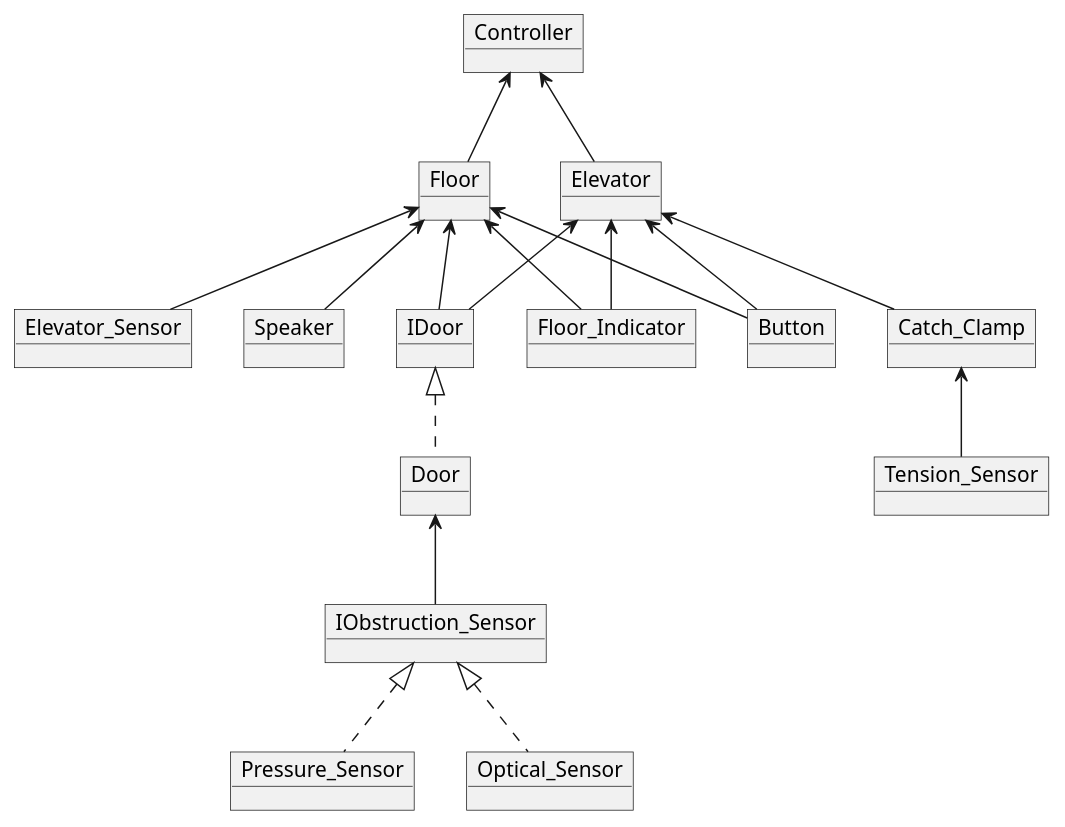
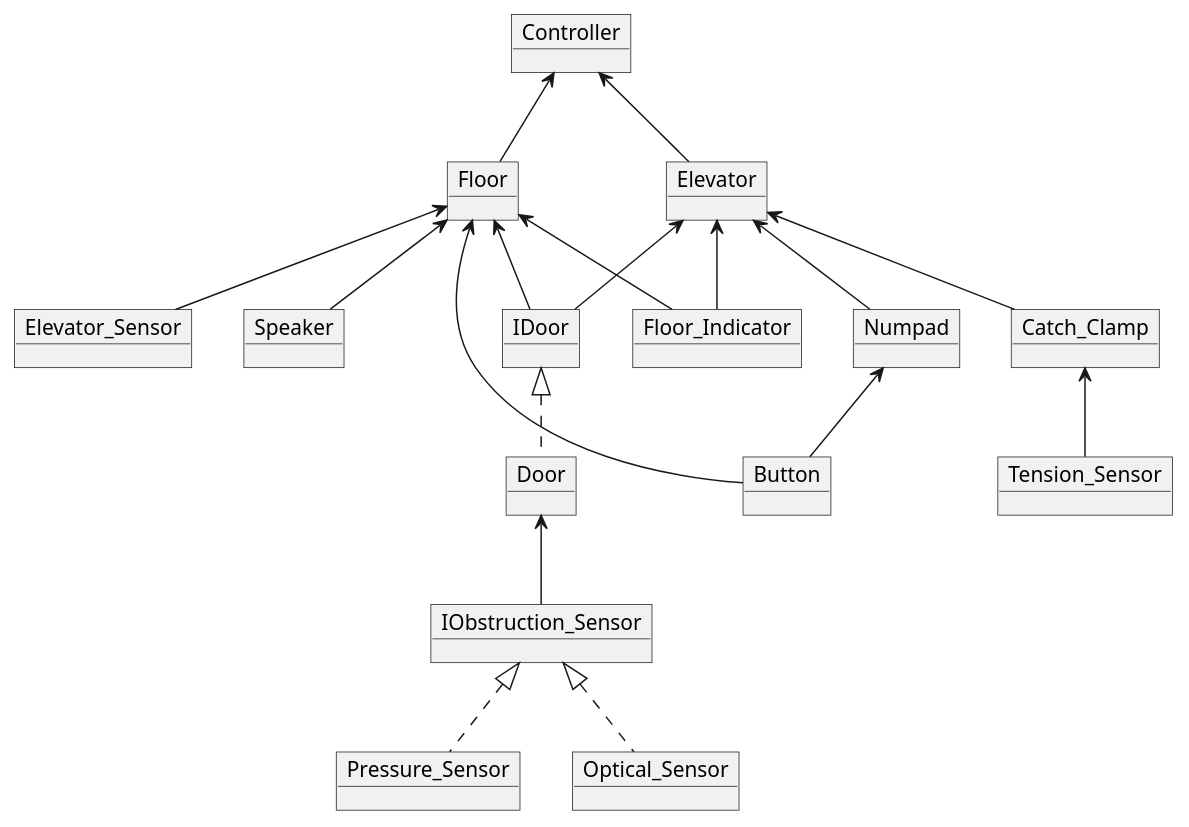
One commit to MarijnVerschuren/Tech changed the diagram in software/design/elevator/object_diagram.puml. Above: the diagram before and after it, drawn with PlantUML. The commit also changed 10 other files, not shown here.

```diff
--- a/software/design/elevator/object_diagram.puml
+++ b/software/design/elevator/object_diagram.puml
@@ -1,34 +1,38 @@
 @startuml
+'skinparam linetype ortho
+
 object Controller
 object Elevator
 object Floor
 object IDoor
 object Door
 object IObstruction_Sensor
 object Pressure_Sensor
 object Optical_Sensor
 object Tension_Sensor
 object Catch_Clamp
 object Floor_Indicator
 object Elevator_Sensor
 object Button
+object Numpad
 object Speaker
 
 Controller				<--		Elevator
 Controller				<--		Floor
 Floor					<--		IDoor
 Elevator				<--		IDoor
 IDoor					<|..	Door
-Elevator				<--		Button
+Elevator				<--		Numpad
+Numpad					<--		Button
 Floor					<--		Button
 Floor					<--		Speaker
 Elevator				<--		Floor_Indicator
 Floor					<--		Floor_Indicator
 Floor					<--		Elevator_Sensor
 Door					<--		IObstruction_Sensor
 IObstruction_Sensor		<|..	Pressure_Sensor
 IObstruction_Sensor		<|..	Optical_Sensor
 Catch_Clamp				<--		Tension_Sensor
 Elevator				<--		Catch_Clamp
 
 @enduml
```
